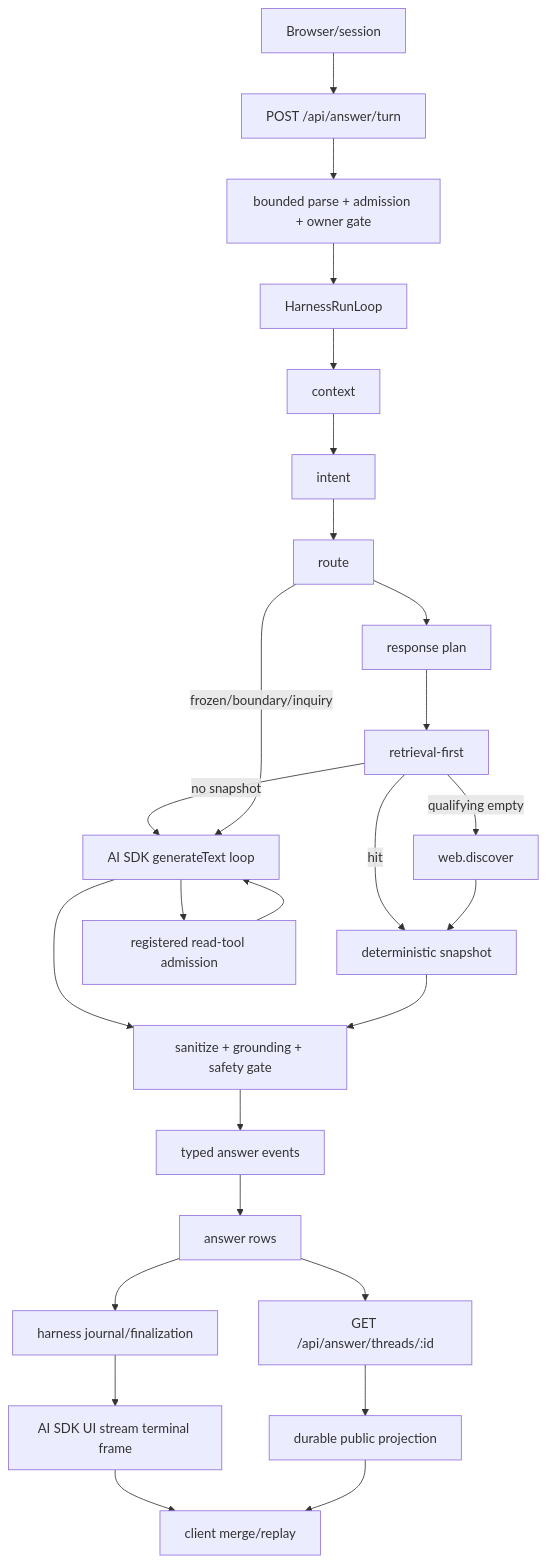
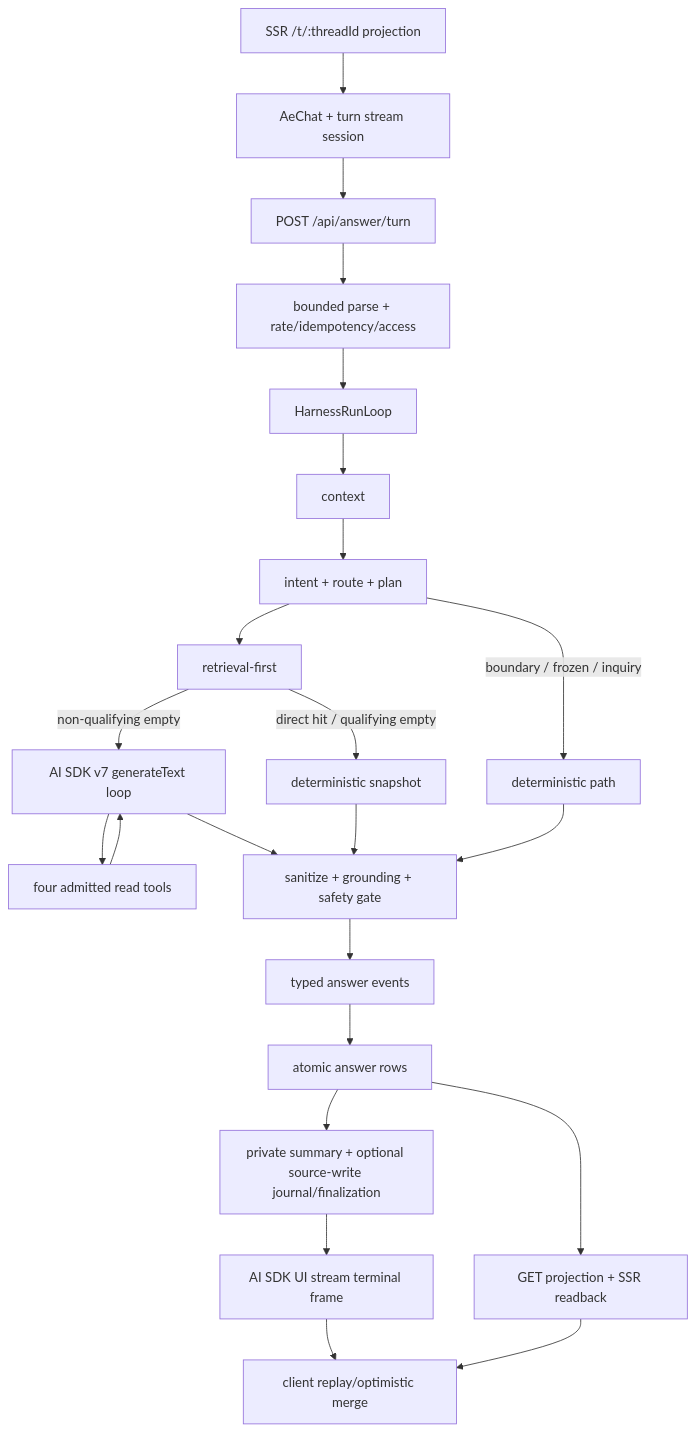
The first of 3 diagrams in .planning/codebase/PROMPT-DATA-FLOW.md (CreasyBear/Agentic-Economy), drawn with Mermaid before and after one commit. The commit also changed other lines of this file, not shown here.

Commit message:
docs: refresh prompt data flow map

````diff
--- a/.planning/codebase/PROMPT-DATA-FLOW.md
+++ b/.planning/codebase/PROMPT-DATA-FLOW.md
@@ -60,22 +68,22 @@
 ```mermaid
 flowchart TD
-  B["Browser/session"] --> HTTP["POST /api/answer/turn"]
-  HTTP --> ADMIT["bounded parse + admission + owner gate"]
+  SSR["SSR /t/:threadId projection"] --> UI["AeChat + turn stream session"]
+  UI --> HTTP["POST /api/answer/turn"]
+  HTTP --> ADMIT["bounded parse + rate/idempotency/access"]
   ADMIT --> LOOP["HarnessRunLoop"]
-  LOOP --> CTX["context"] --> INTENT["intent"] --> ROUTE["route"]
-  ROUTE --> PLAN["response plan"]
-  PLAN --> RET["retrieval-first"]
-  RET -->|hit| SNAP["deterministic snapshot"]
-  RET -->|qualifying empty| DISC["web.discover"] --> SNAP
-  RET -->|no snapshot| AGENT["AI SDK generateText loop"]
-  ROUTE -->|frozen/boundary/inquiry| AGENT
-  AGENT --> TOOLS["registered read-tool admission"] --> AGENT
+  LOOP --> CTX["context"] --> ROUTE["intent + route + plan"]
+  ROUTE --> RET["retrieval-first"]
+  RET -->|direct hit / qualifying empty| SNAP["deterministic snapshot"]
+  RET -->|non-qualifying empty| AGENT["AI SDK v7 generateText loop"]
+  ROUTE -->|boundary / frozen / inquiry| DET["deterministic path"]
+  AGENT --> TOOLS["four admitted read tools"] --> AGENT
   AGENT --> GATE["sanitize + grounding + safety gate"]
   SNAP --> GATE
-  GATE --> ASM["typed answer events"] --> PERSIST["answer rows"]
-  PERSIST --> FINAL["harness journal/finalization"]
+  DET --> GATE
+  GATE --> ASM["typed answer events"] --> PERSIST["atomic answer rows"]
+  PERSIST --> FINAL["private summary + optional source-write journal/finalization"]
   FINAL --> SSE["AI SDK UI stream terminal frame"]
-  PERSIST --> GET["GET /api/answer/threads/:id"] --> PROJ["durable public projection"]
-  SSE --> MERGE["client merge/replay"]
-  PROJ --> MERGE
+  PERSIST --> GET["GET projection + SSR readback"]
+  SSE --> MERGE["client replay/optimistic merge"]
+  GET --> MERGE
 ```
````
